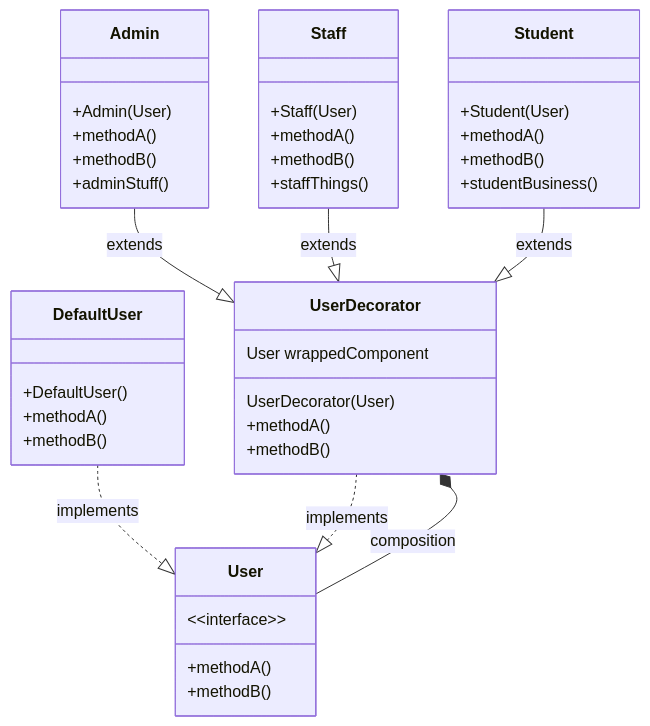
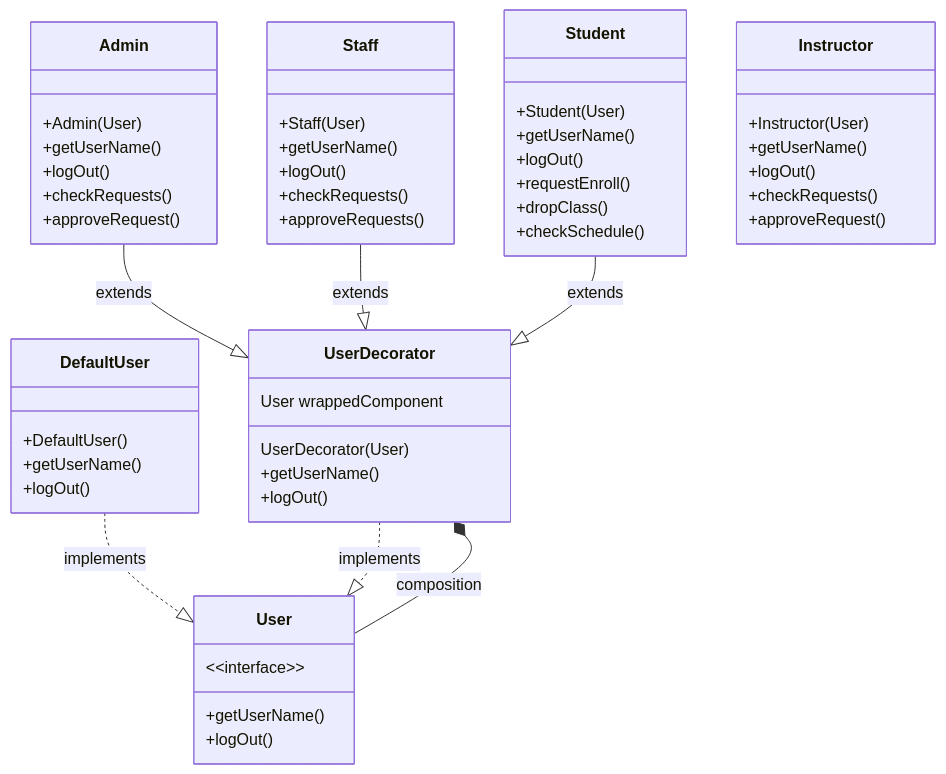
The diagram in mermaid/UserDecorator.mermaid (sivertlog/WebadvisorDesign), drawn with Mermaid before and after one commit.

```diff
--- a/mermaid/UserDecorator.mermaid
+++ b/mermaid/UserDecorator.mermaid
@@ -1,41 +1,52 @@
 classDiagram
     DefaultUser ..|> User : implements
     UserDecorator ..|> User : implements
     Admin --|> UserDecorator : extends
     Staff --|> UserDecorator : extends
     Student --|> UserDecorator : extends
     UserDecorator *-- User : composition
     class User{
         &lt;&lt;interface&gt;&gt;
-        +methodA()
-        +methodB()
+        +getUserName()
+        +logOut()
     }
     class DefaultUser{
         +DefaultUser()
-        +methodA()
-        +methodB()
+        +getUserName()
+        +logOut()
     }
     class UserDecorator{
         User wrappedComponent
         UserDecorator(User)
-        +methodA()
-        +methodB()
+        +getUserName()
+        +logOut()
     }
     class Admin{
         +Admin(User)
-        +methodA()
-        +methodB()
-        +adminStuff()
+        +getUserName()
+        +logOut()
+        +checkRequests()
+        +approveRequest()
+    }
+    class Instructor{
+        +Instructor(User)
+        +getUserName()
+        +logOut()
+        +checkRequests()
+        +approveRequest()
     }
     class Staff{
         +Staff(User)
-        +methodA()
-        +methodB()
-        +staffThings()
+        +getUserName()
+        +logOut()
+        +checkRequests()
+        +approveRequests()
     }
     class Student{
         +Student(User)
-        +methodA()
-        +methodB()
-        +studentBusiness()
+        +getUserName()
+        +logOut()
+        +requestEnroll()
+        +dropClass()
+        +checkSchedule()
     }
```
